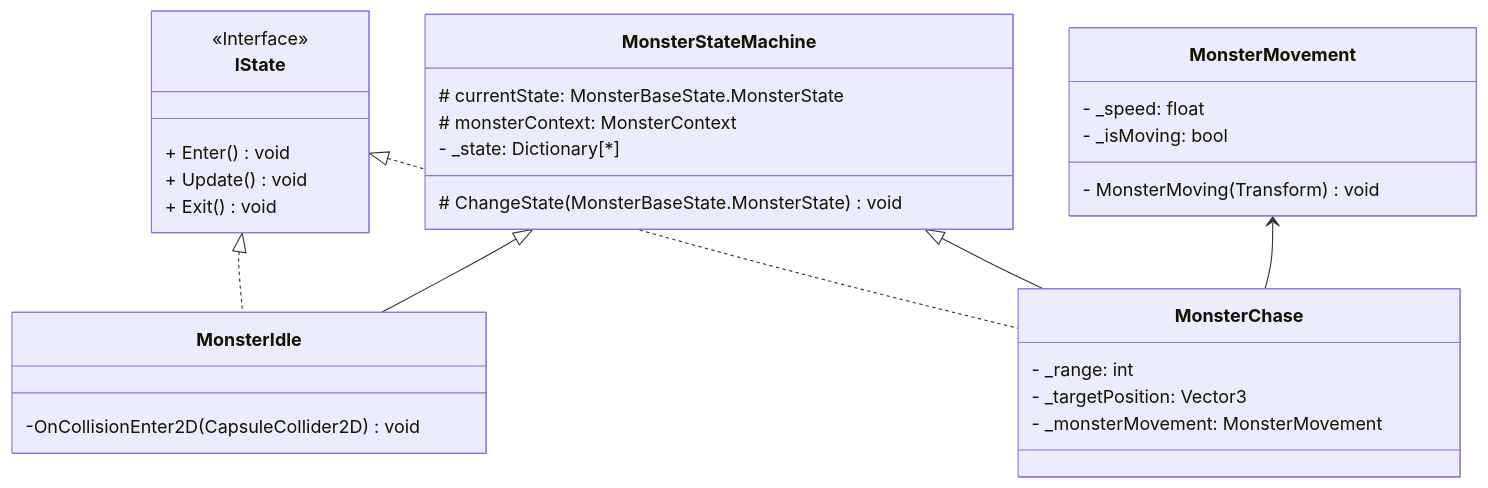
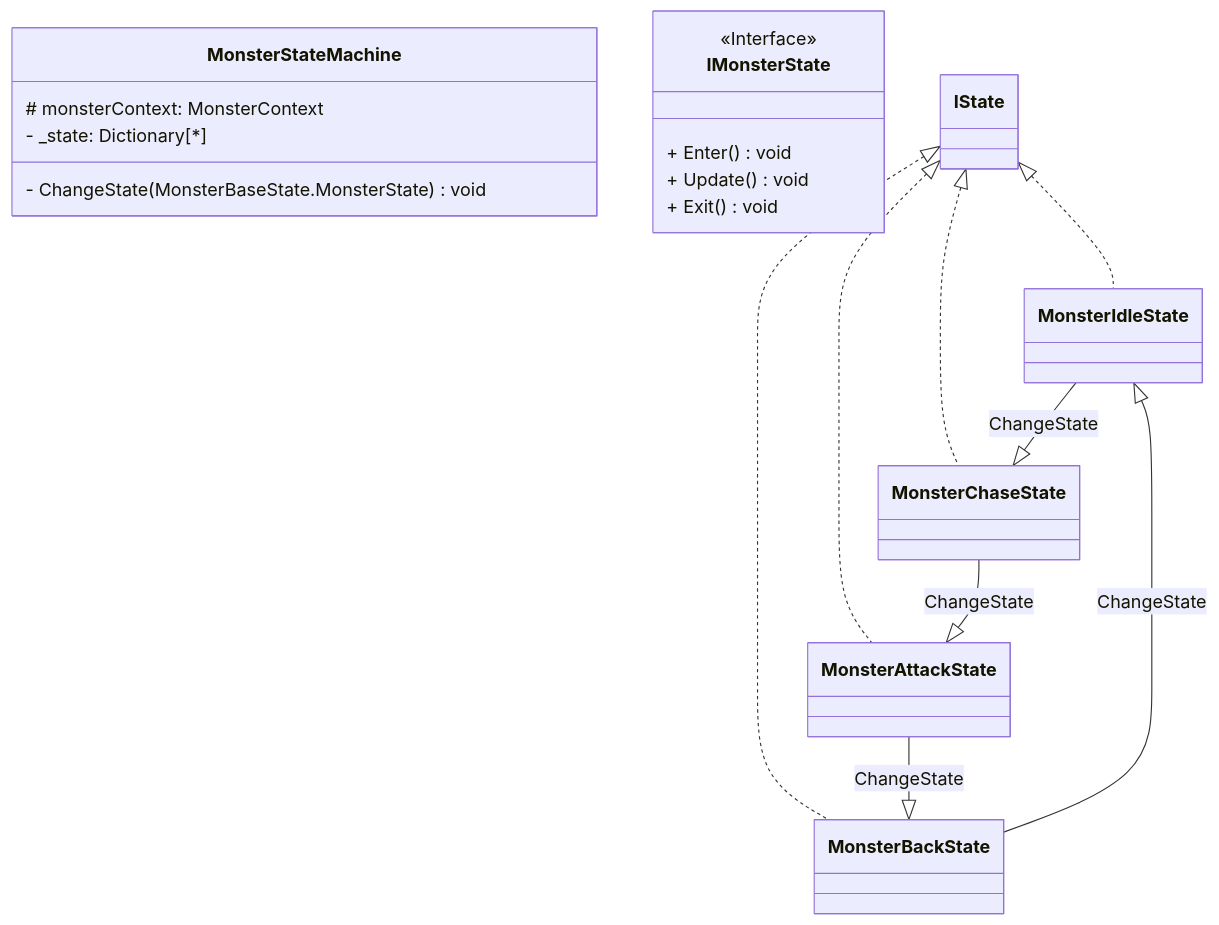
The second of 2 diagrams in README.md (moonshine1004/Project.Arcana), drawn with Mermaid before and after one commit. The commit also changed other lines of this file and 13 other files, not shown here.

````diff
--- a/README.md
+++ b/README.md
@@ -42,40 +50,31 @@
 ```mermaid
 classDiagram
-direction TB
     class MonsterStateMachine {
-	    # currentState: MonsterBaseState.MonsterState
 	    # monsterContext: MonsterContext
 	    - _state: Dictionary[*]
-	    # ChangeState(MonsterBaseState.MonsterState) void
+	    - ChangeState(MonsterBaseState.MonsterState) void
     }
 
-    class MonsterIdle {
-	    -OnCollisionEnter2D(CapsuleCollider2D) void
-    }
+    class MonsterIdleState { }
+    class MonsterChaseState { }
+    class MonsterAttackState { }
+    class MonsterBackState { }
 
-    class MonsterChase {
-	    - _range: int
-	    - _targetPosition: Vector3
-	    - _monsterMovement: MonsterMovement
-    }
-
-    class IState {
+    class IMonsterState {
 	    + Enter() void
 	    + Update() void
 	    + Exit() void
     }
 
-    class MonsterMovement {
-	    - _speed: float
-	    - _isMoving: bool
-	    - MonsterMoving(Transform) void
-    }
+	<<Interface>> IMonsterState
 
-	<<Interface>> IState
+    IState <|.. MonsterIdleState
+    IState <|.. MonsterChaseState
+    IState <|.. MonsterAttackState
+    IState <|.. MonsterBackState
+    MonsterIdleState  --|>  MonsterChaseState : ChangeState
+    MonsterChaseState  --|>  MonsterAttackState : ChangeState
+    MonsterAttackState  --|>  MonsterBackState : ChangeState
+    MonsterBackState  --|>  MonsterIdleState : ChangeState
 
-    IState <|.. MonsterIdle
-    IState <|.. MonsterChase
-    MonsterStateMachine  <|--  MonsterIdle
-    MonsterStateMachine <|-- MonsterChase
-    MonsterMovement <-- MonsterChase
 ```
````
